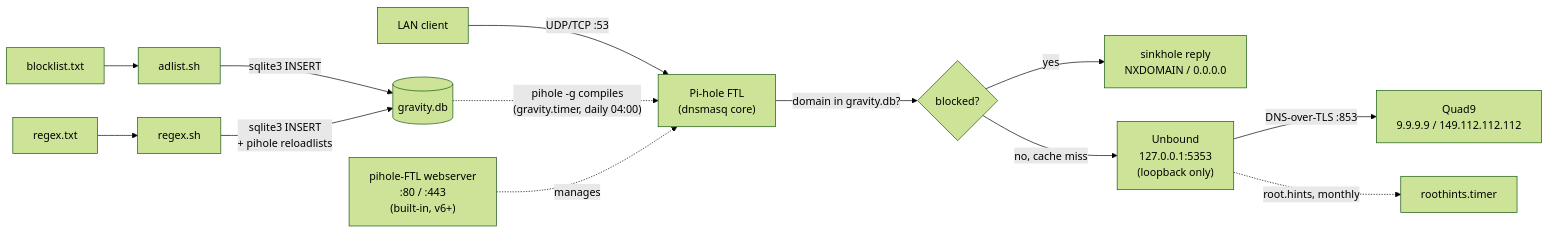
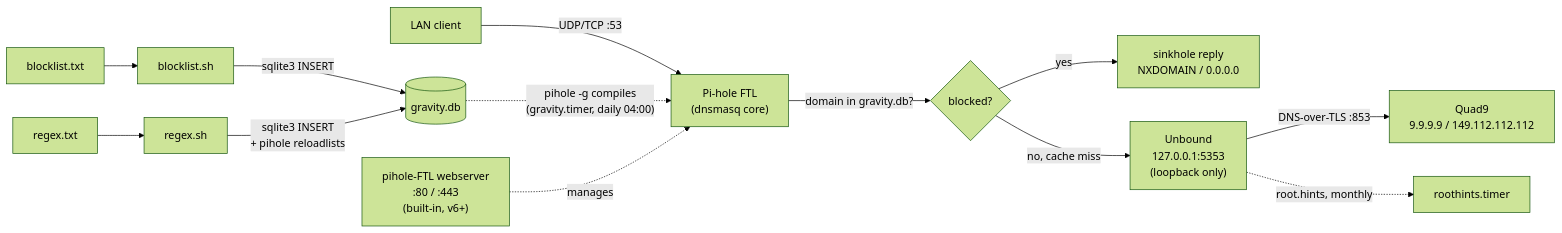
Before and after one commit to kishansundar/pihole-unbound: the diagram in README.md, drawn with Mermaid (forest theme). The commit also changed other lines of this file and 2 other files, not shown here.

First line of the commit message:
Rename adlist.sh to blocklist.sh to match blocklist.txt

````diff
--- a/README.md
+++ b/README.md
@@ -51,15 +51,15 @@
 ```mermaid
 flowchart LR
     client["LAN client"] -->|"UDP/TCP :53"| ftl["Pi-hole FTL\n(dnsmasq core)"]
     ftl -->|"domain in gravity.db?"| decision{"blocked?"}
     decision -->|yes| sink["sinkhole reply\nNXDOMAIN / 0.0.0.0"]
     decision -->|"no, cache miss"| unbound["Unbound\n127.0.0.1:5353\n(loopback only)"]
     unbound -->|"DNS-over-TLS :853"| quad9["Quad9\n9.9.9.9 / 149.112.112.112"]
     unbound -.->|"root.hints, monthly"| hints["roothints.timer"]
-    blocklist["blocklist.txt"] --> loader["adlist.sh"]
+    blocklist["blocklist.txt"] --> loader["blocklist.sh"]
     loader -->|"sqlite3 INSERT"| gdb[("gravity.db")]
     gdb -.->|"pihole -g compiles\n(gravity.timer, daily 04:00)"| ftl
     regexfile["regex.txt"] --> regexsh["regex.sh"]
     regexsh -->|"sqlite3 INSERT\n+ pihole reloadlists"| gdb
     admin["pihole-FTL webserver\n:80 / :443\n(built-in, v6+)"] -.manages.-> ftl
 ```
````
